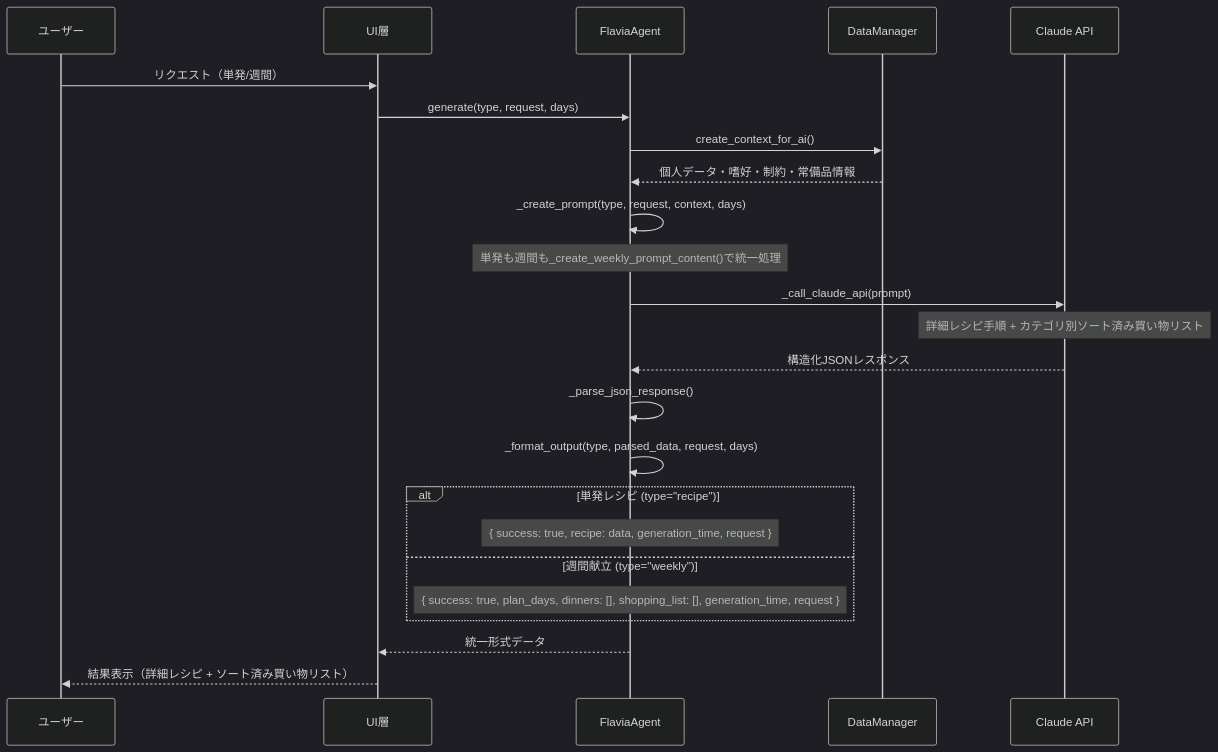
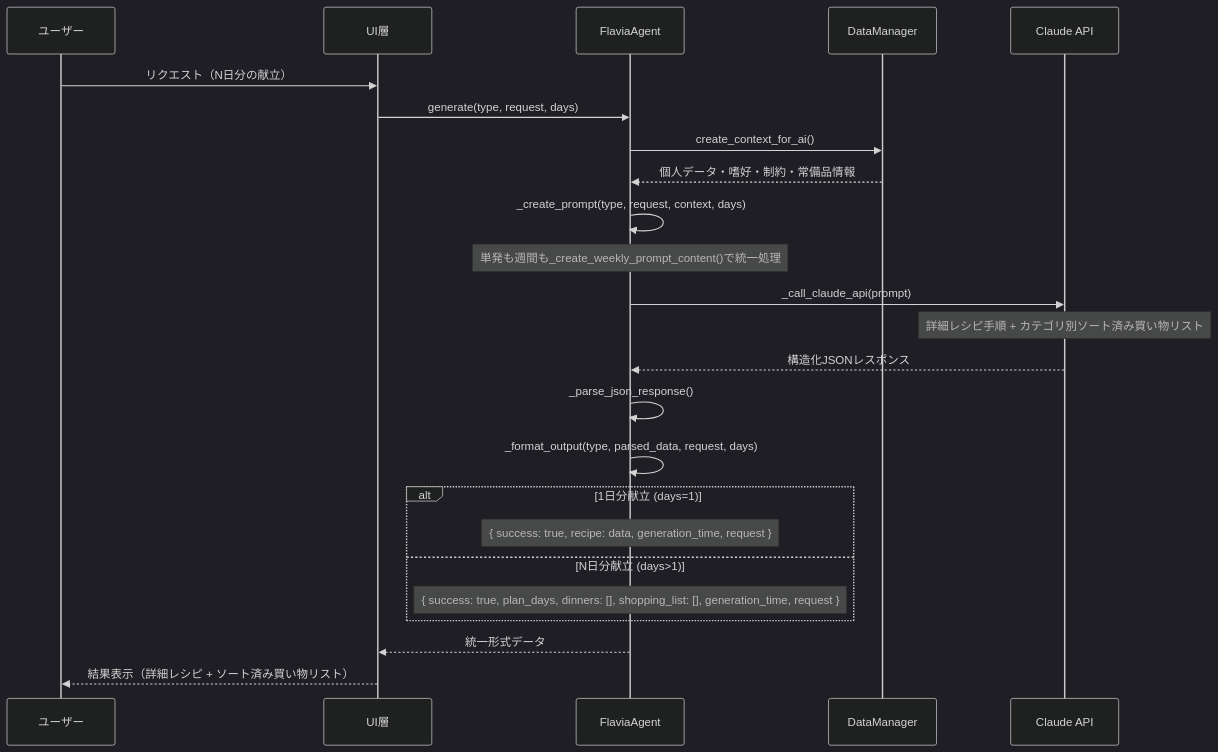
Before and after one commit to Clionegohan/flavia-agent: the second of 4 diagrams in docs/AGENT_FLOW.md, drawn with Mermaid (dark theme). The commit also changed other lines of this file, not shown here.

````diff
--- a/docs/AGENT_FLOW.md
+++ b/docs/AGENT_FLOW.md
@@ -62,36 +53,36 @@
 ```mermaid
 sequenceDiagram
     participant User as ユーザー
     participant UI as UI層
     participant Agent as FlaviaAgent
     participant Data as DataManager
     participant AI as Claude API
     
     %% 統一リクエスト処理
-    User->>UI: リクエスト（単発/週間）
+    User->>UI: リクエスト（N日分の献立）
     UI->>Agent: generate(type, request, days)
     
     %% 統一処理パイプライン
     Agent->>Data: create_context_for_ai()
     Data-->>Agent: 個人データ・嗜好・制約・常備品情報
     
     Agent->>Agent: _create_prompt(type, request, context, days)
     Note over Agent: 単発も週間も_create_weekly_prompt_content()で統一処理
     
     Agent->>AI: _call_claude_api(prompt)
     Note over AI: 詳細レシピ手順 + カテゴリ別ソート済み買い物リスト
     AI-->>Agent: 構造化JSONレスポンス
     
     Agent->>Agent: _parse_json_response()
     Agent->>Agent: _format_output(type, parsed_data, request, days)
     
     %% 出力形式の統一化
-    alt 単発レシピ (type="recipe")
+    alt 1日分献立 (days=1)
         Note over Agent: { success: true, recipe: data, generation_time, request }
-    else 週間献立 (type="weekly")  
+    else N日分献立 (days>1)  
         Note over Agent: { success: true, plan_days, dinners: [], shopping_list: [], generation_time, request }
     end
     
     Agent-->>UI: 統一形式データ
     UI-->>User: 結果表示（詳細レシピ + ソート済み買い物リスト）
 ```
````
